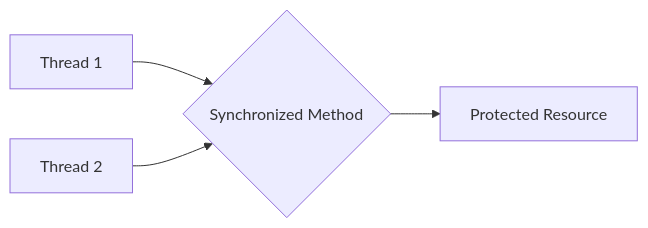
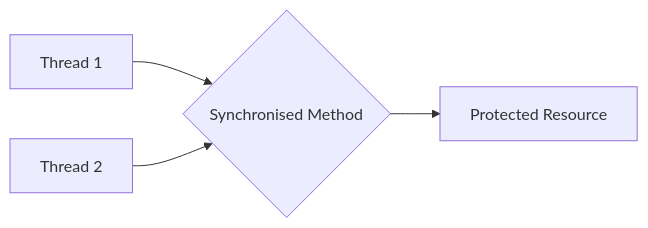
Before and after one commit to kennethazin/CSC1101_Multithread_Farm: the second of 3 diagrams in design.MD, drawn with Mermaid. The commit also changed other lines of this file and 12 other files, not shown here.

````diff
--- a/design.MD
+++ b/design.MD
@@ -80,6 +87,6 @@
 ```mermaid
 graph LR
-    A[Thread 1] --> B{Synchronized Method}
+    A[Thread 1] --> B{Synchronised Method}
     C[Thread 2] --> B
     B --> D[Protected Resource]
 ```
````
